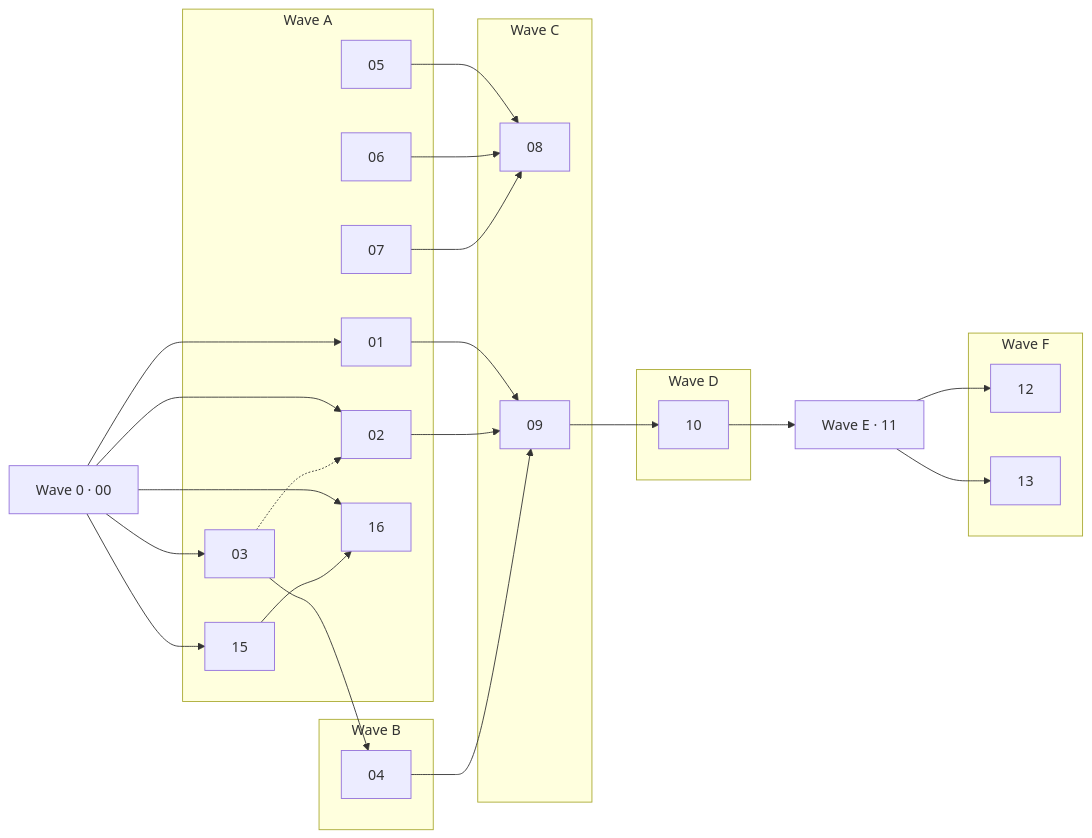
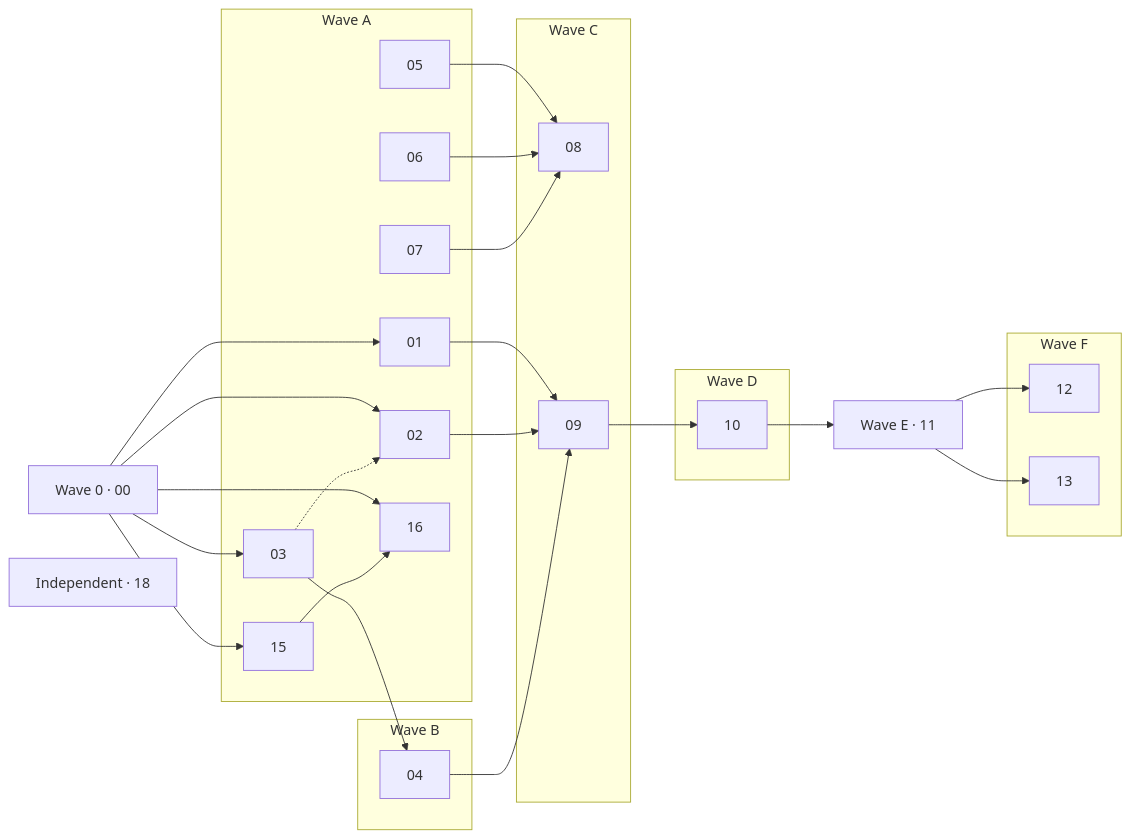
Before and after one commit to medhorizon/medhorizon: the diagram in tasks/plans/README.md, drawn with Mermaid. The commit also changed other lines of this file and 3 other files, not shown here.

````diff
--- a/tasks/plans/README.md
+++ b/tasks/plans/README.md
@@ -39,47 +40,48 @@
 ```mermaid
 flowchart LR
   Z00["Wave 0 · 00"]
   subgraph W1["Wave A"]
     A01["01"]
     A02["02"]
     A03["03"]
     A05["05"]
     A06["06"]
     A07["07"]
     A15["15"]
     A16["16"]
   end
   subgraph W2["Wave B"]
     B04["04"]
   end
   subgraph W3["Wave C"]
     C08["08"]
     C09["09"]
   end
   subgraph W4["Wave D"]
     D10["10"]
   end
   E11["Wave E · 11"]
   subgraph W6["Wave F"]
     F12["12"]
     F13["13"]
   end
+  X18["Independent · 18"]
   Z00 --> A01
   Z00 --> A02
   Z00 --> A03
   Z00 --> A15
   Z00 --> A16
   A15 --> A16
   A03 --> B04
   A03 -.-> A02
   A05 --> C08
   A06 --> C08
   A07 --> C08
   A01 --> C09
   A02 --> C09
   B04 --> C09
   C09 --> D10
   D10 --> E11
   E11 --> F12
   E11 --> F13
 ```
````
